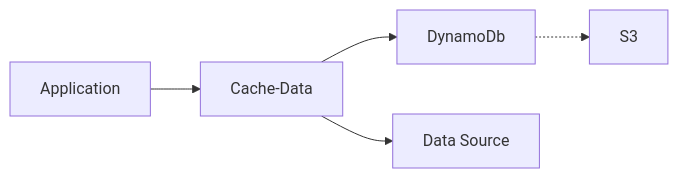
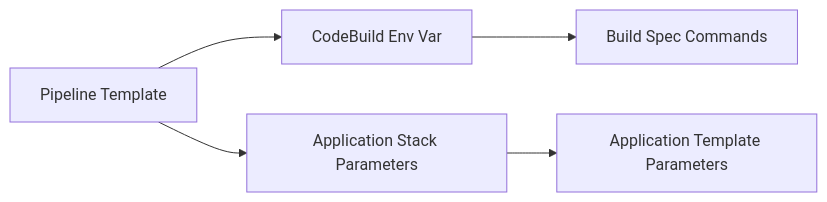
The second of 3 diagrams in tutorials/02-advanced-api-gateway-lambda-cache-data-node/part-01.md (63Klabs/atlantis-tutorials), drawn with Mermaid before and after one commit. The commit also changed other lines of this file and 7 other files, not shown here.

````diff
--- a/tutorials/02-advanced-api-gateway-lambda-cache-data-node/part-01.md
+++ b/tutorials/02-advanced-api-gateway-lambda-cache-data-node/part-01.md
@@ -72,7 +112,8 @@
 ```mermaid
 flowchart LR
-A[Application]-->C[Cache-Data]
-C-->D[DynamoDb]
-D-.->S[S3]
-C-->E[Data Source]
+
+T[Pipeline Template]-->C[CodeBuild Env Var]
+T-->S[Application Stack Parameters]
+S-->A[Application Template Parameters]
+C-->B[Build Spec Commands]
 ```
````
